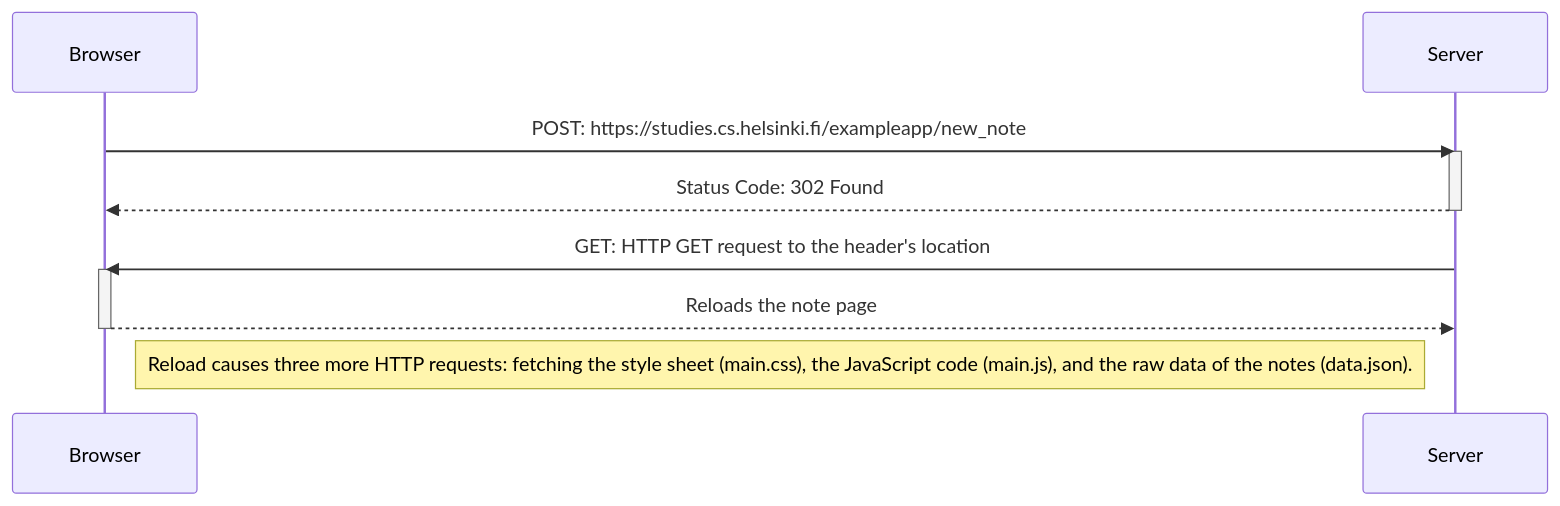
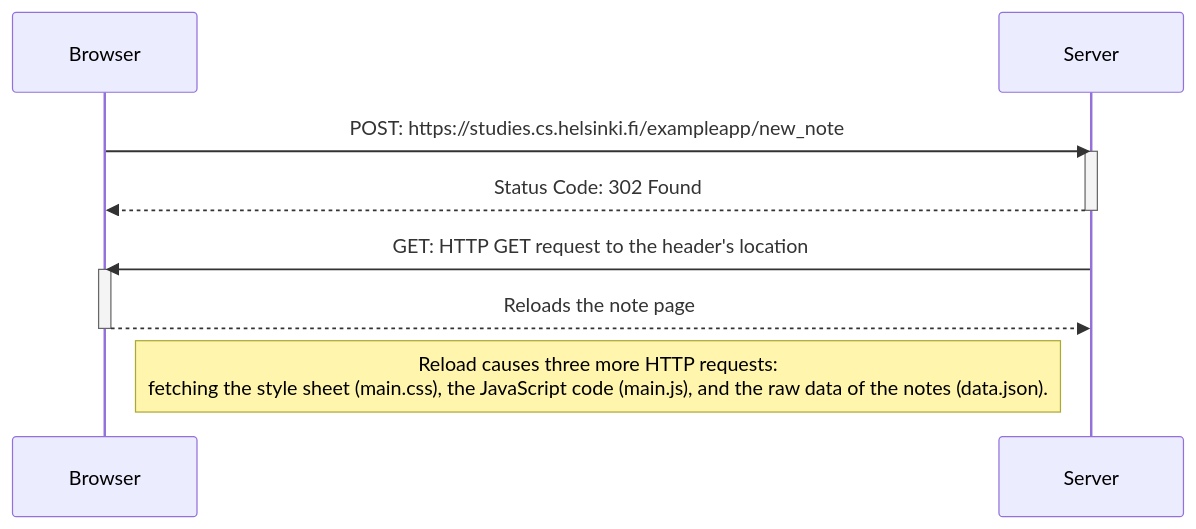
One commit to rahul-004x/fsopen-containers changed the diagram in Part0/new-note-diagram.md. Above: the diagram before and after it, drawn with Mermaid.

````diff
--- a/Part0/new-note-diagram.md
+++ b/Part0/new-note-diagram.md
@@ -1,20 +1,20 @@
 ```mermaid
 
 sequenceDiagram
     participant Browser
     participant Server
 
     Browser->>Server: POST: https://studies.cs.helsinki.fi/exampleapp/new_note
     activate Server
     Server-->>Browser: Status Code: 302 Found
     deactivate Server
 
     Server->>Browser: GET: HTTP GET request to the header's location 
     activate Browser
     Browser-->>Server: Reloads the note page
     deactivate Browser
 
-    Note right of Browser: Reload causes three more HTTP requests: fetching the style sheet (main.css), the JavaScript code (main.js), and the raw data of the notes (data.json).
+    Note right of Browser: Reload causes three more HTTP requests:<br/> fetching the style sheet (main.css), the JavaScript code (main.js), and the raw data of the notes (data.json).
 
 
 ```
````
